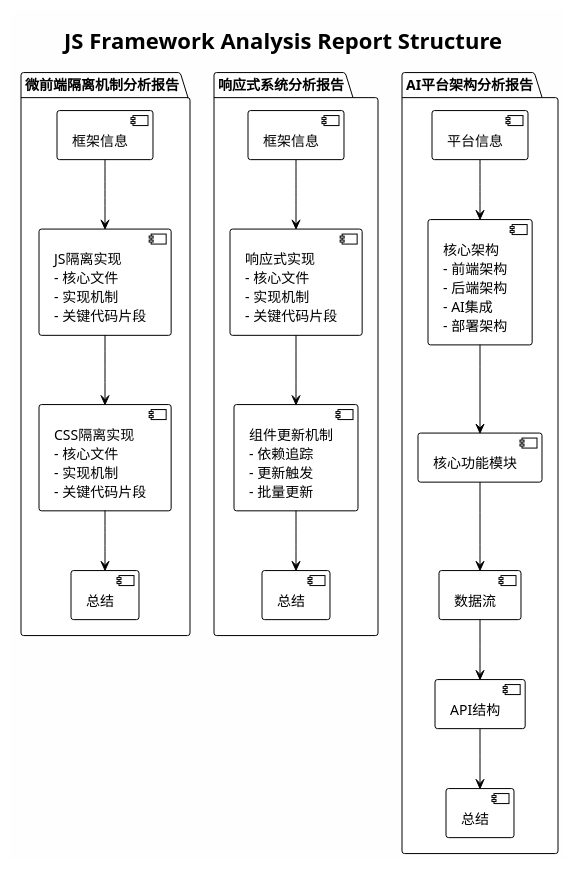
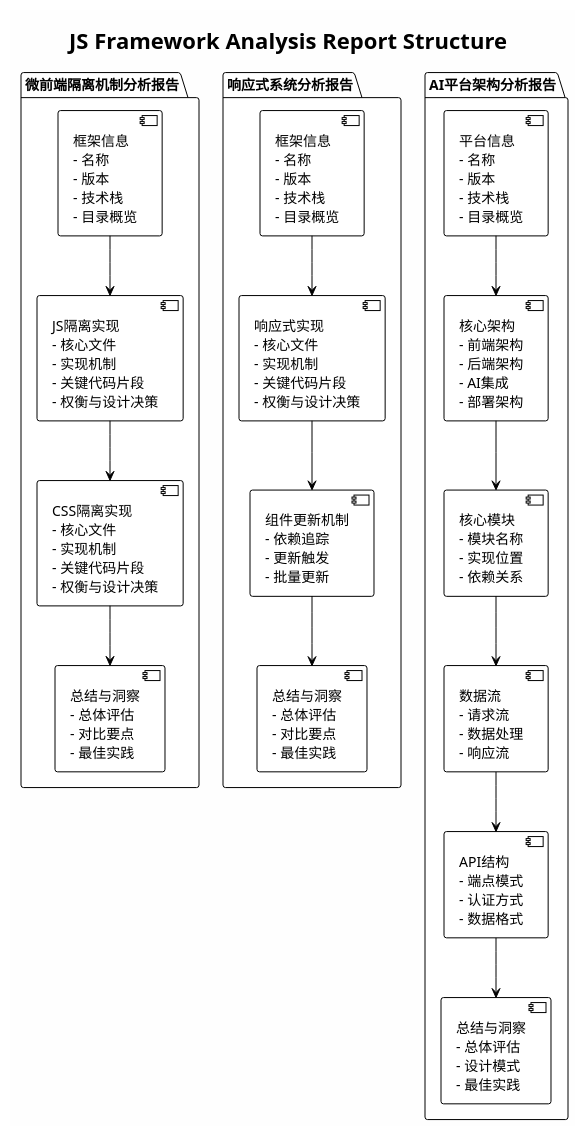
One commit to ZHOUKAILIAN/claude-community-plugins changed the second of 2 diagrams in docs/requirements/003-js-framework-repository-analyzer-technical-design.md. Above: the diagram before and after it, drawn with PlantUML. The commit also changed other lines of this file and 13 other files, not shown here.

````diff
--- a/docs/requirements/003-js-framework-repository-analyzer-technical-design.md
+++ b/docs/requirements/003-js-framework-repository-analyzer-technical-design.md
@@ -430,46 +472,46 @@
 ```plantuml
 @startuml
 !theme plain
 skinparam backgroundColor #FEFEFE
 
 title JS Framework Analysis Report Structure
 
 package "微前端隔离机制分析报告" {
-  [框架信息] as mf_info
-  [JS隔离实现\n- 核心文件\n- 实现机制\n- 关键代码片段] as mf_js
-  [CSS隔离实现\n- 核心文件\n- 实现机制\n- 关键代码片段] as mf_css
-  [总结] as mf_summary
+  [框架信息\n- 名称\n- 版本\n- 技术栈\n- 目录概览] as mf_info
+  [JS隔离实现\n- 核心文件\n- 实现机制\n- 关键代码片段\n- 权衡与设计决策] as mf_js
+  [CSS隔离实现\n- 核心文件\n- 实现机制\n- 关键代码片段\n- 权衡与设计决策] as mf_css
+  [总结与洞察\n- 总体评估\n- 对比要点\n- 最佳实践] as mf_summary
 }
 
 package "响应式系统分析报告" {
-  [框架信息] as rx_info
-  [响应式实现\n- 核心文件\n- 实现机制\n- 关键代码片段] as rx_reactive
+  [框架信息\n- 名称\n- 版本\n- 技术栈\n- 目录概览] as rx_info
+  [响应式实现\n- 核心文件\n- 实现机制\n- 关键代码片段\n- 权衡与设计决策] as rx_reactive
   [组件更新机制\n- 依赖追踪\n- 更新触发\n- 批量更新] as rx_update
-  [总结] as rx_summary
+  [总结与洞察\n- 总体评估\n- 对比要点\n- 最佳实践] as rx_summary
 }
 
 package "AI平台架构分析报告" {
-  [平台信息] as ai_info
+  [平台信息\n- 名称\n- 版本\n- 技术栈\n- 目录概览] as ai_info
   [核心架构\n- 前端架构\n- 后端架构\n- AI集成\n- 部署架构] as ai_arch
-  [核心功能模块] as ai_modules
-  [数据流] as ai_flow
-  [API结构] as ai_api
-  [总结] as ai_summary
+  [核心模块\n- 模块名称\n- 实现位置\n- 依赖关系] as ai_modules
+  [数据流\n- 请求流\n- 数据处理\n- 响应流] as ai_flow
+  [API结构\n- 端点模式\n- 认证方式\n- 数据格式] as ai_api
+  [总结与洞察\n- 总体评估\n- 设计模式\n- 最佳实践] as ai_summary
 }
 
 mf_info --> mf_js
 mf_js --> mf_css
 mf_css --> mf_summary
 
 rx_info --> rx_reactive
 rx_reactive --> rx_update
 rx_update --> rx_summary
 
 ai_info --> ai_arch
 ai_arch --> ai_modules
 ai_modules --> ai_flow
 ai_flow --> ai_api
 ai_api --> ai_summary
 
 @enduml
 ```
````
